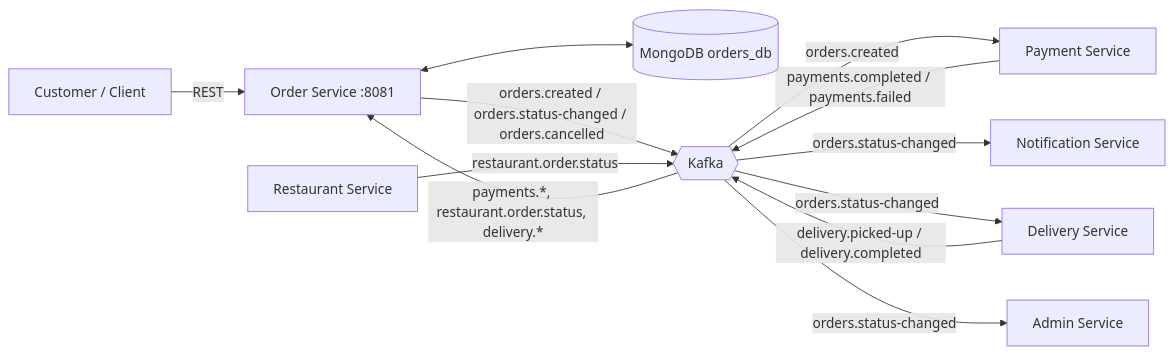
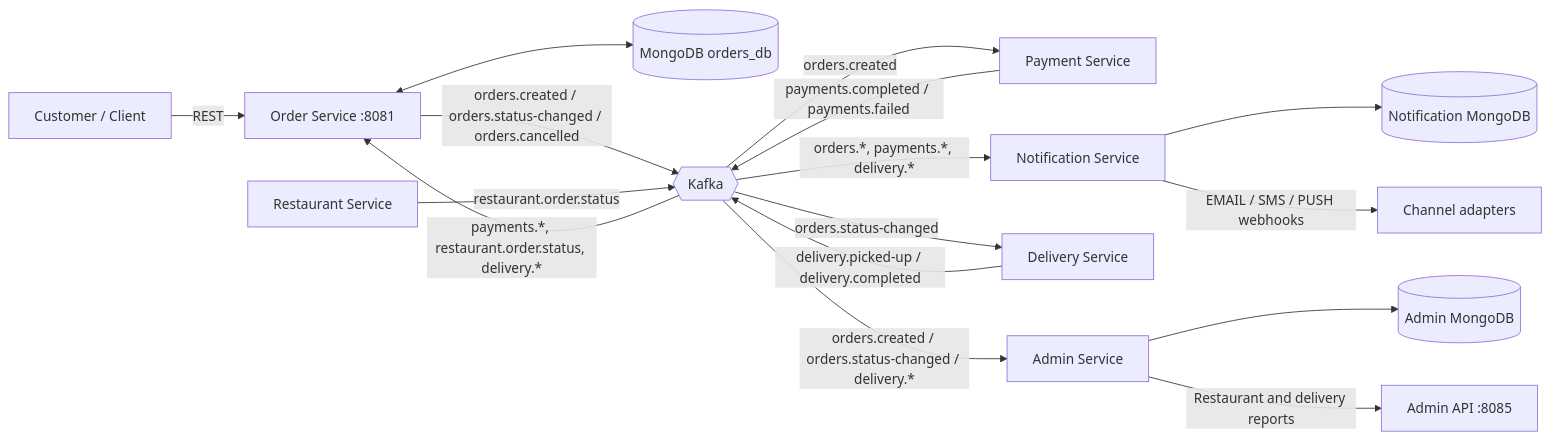
The first of 4 diagrams in docs/ARCHITECTURE.md (Onmyway19/DSA-Assignment-2), drawn with Mermaid before and after one commit. The commit also changed 18 other files, not shown here.

Commit message:
Add notification and admin services

````diff
--- a/docs/ARCHITECTURE.md
+++ b/docs/ARCHITECTURE.md
@@ -4,14 +4,18 @@
 ```mermaid
 flowchart LR
   C[Customer / Client] -->|REST| ORD[Order Service :8081]
   ORD <--> OM[(MongoDB orders_db)]
   ORD -- orders.created / orders.status-changed / orders.cancelled --> K{{Kafka}}
   K -- orders.created --> PAY[Payment Service]
-  K -- orders.status-changed --> NOT[Notification Service]
+  K -- orders.*, payments.*, delivery.* --> NOT[Notification Service]
   K -- orders.status-changed --> DEL[Delivery Service]
-  K -- orders.status-changed --> ADM[Admin Service]
+  K -- orders.created / orders.status-changed / delivery.* --> ADM[Admin Service]
   PAY -- payments.completed / payments.failed --> K
   REST[Restaurant Service] -- restaurant.order.status --> K
   DEL -- delivery.picked-up / delivery.completed --> K
   K -- payments.*, restaurant.order.status, delivery.* --> ORD
+  NOT --> NDB[(Notification MongoDB)]
+  NOT -->|EMAIL / SMS / PUSH webhooks| CHANNELS[Channel adapters]
+  ADM --> ADB[(Admin MongoDB)]
+  ADM -->|Restaurant and delivery reports| ADMIN[Admin API :8085]
 ```
````
